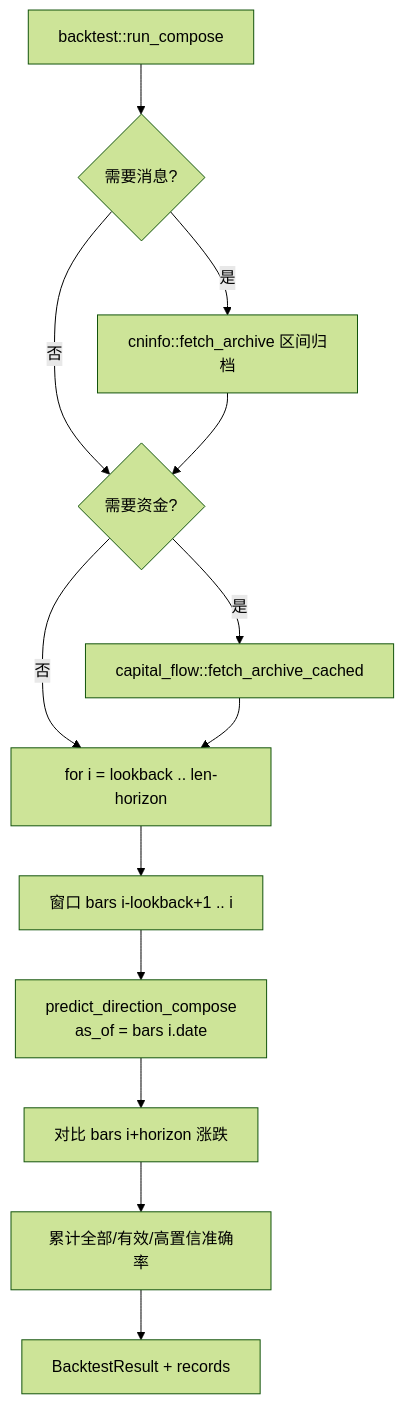
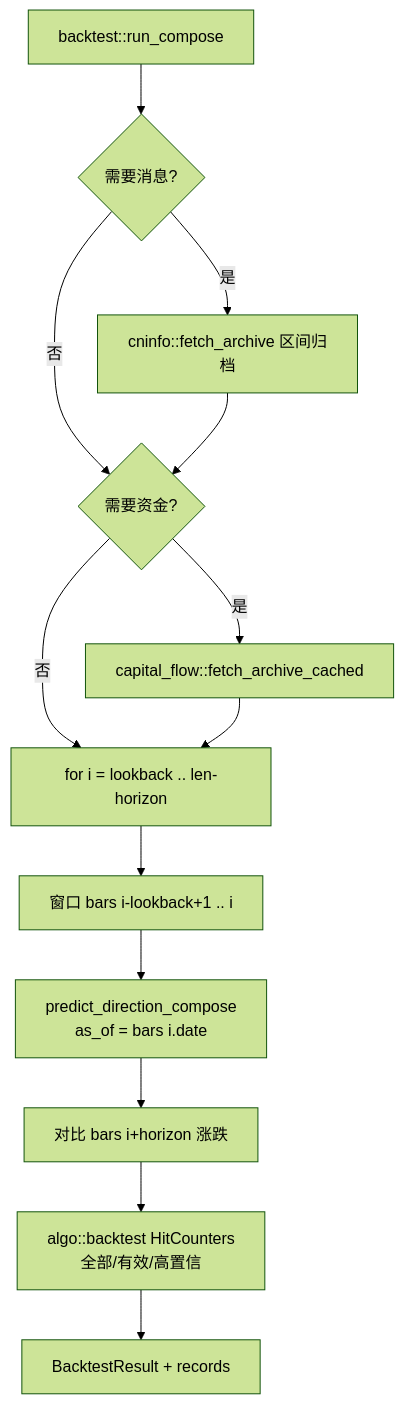
The sixth of 18 diagrams in docs/软件设计说明.md (wuyanwen1997-wyw/stock-predict), drawn with Mermaid (forest theme) before and after one commit. The commit also changed other lines of this file and 10 other files, not shown here.

````diff
--- a/docs/软件设计说明.md
+++ b/docs/软件设计说明.md
@@ -261,15 +282,15 @@
 ```mermaid
 flowchart TD
     BT[backtest::run_compose] --> N1{需要消息?}
     N1 -->|是| A1[cninfo::fetch_archive 区间归档]
     N1 -->|否| N2
     A1 --> N2{需要资金?}
     N2 -->|是| A2[capital_flow::fetch_archive_cached]
     N2 -->|否| LOOP
     A2 --> LOOP[for i = lookback .. len-horizon]
     LOOP --> W[窗口 bars i-lookback+1 .. i]
     W --> P[predict_direction_compose<br/>as_of = bars i.date]
     P --> CMP[对比 bars i+horizon 涨跌]
-    CMP --> STAT[累计全部/有效/高置信准确率]
+    CMP --> STAT[algo::backtest HitCounters<br/>全部/有效/高置信]
     STAT --> OUT[BacktestResult + records]
 ```
````
